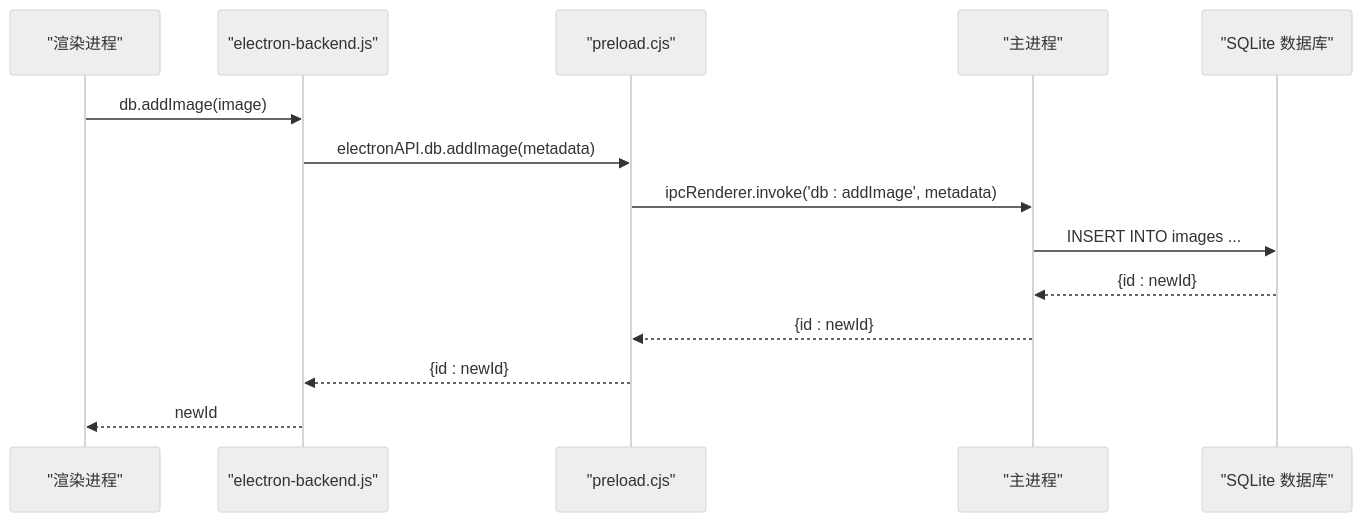
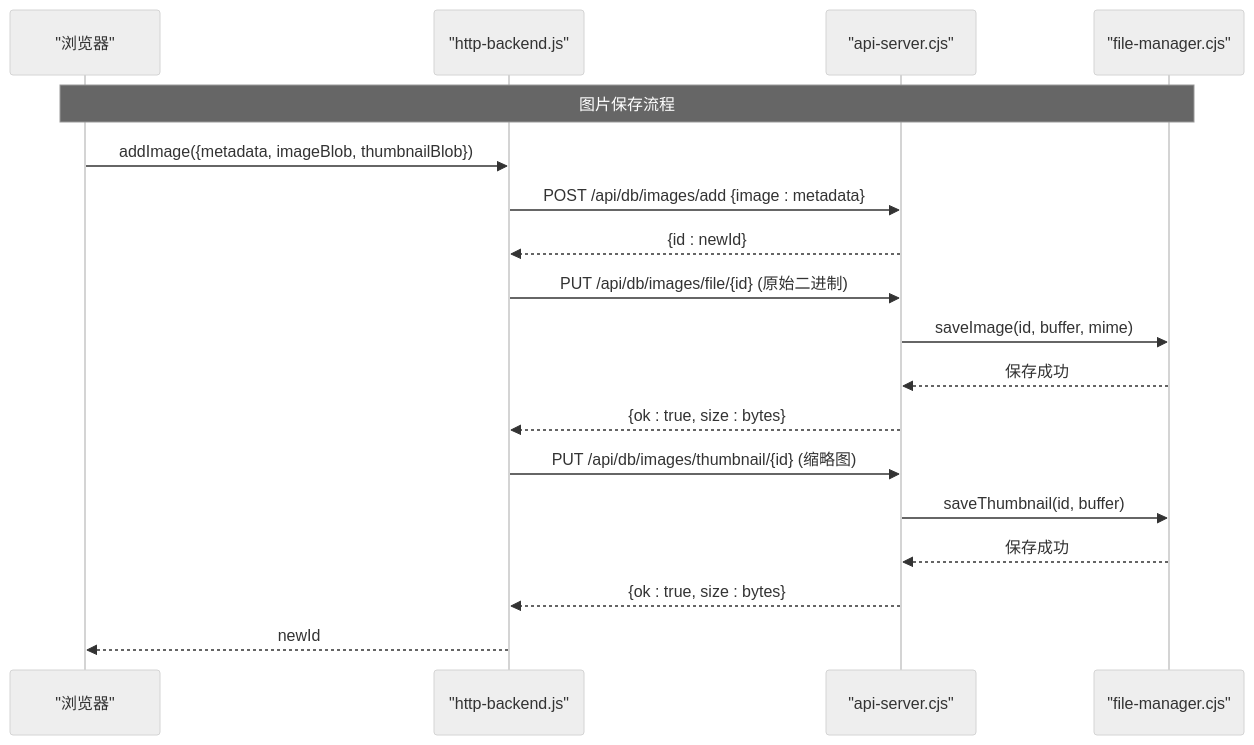
Before and after one commit to AlbusWei/AI-Image-Studio: the third of 10 diagrams in .qoder/repowiki/zh/content/架构设计/数据流设计/数据库持久化.md, drawn with Mermaid (neutral theme). The commit also changed other lines of this file and 26 other files, not shown here.

First line of the commit message:
fix: 修复 Electron 模式下 Gallery 无法显示图片的 3 个断裂点

````diff
--- a/.qoder/repowiki/zh/content/架构设计/数据流设计/数据库持久化.md
+++ b/.qoder/repowiki/zh/content/架构设计/数据流设计/数据库持久化.md
@@ -181,16 +188,20 @@
 ```mermaid
 sequenceDiagram
-participant Renderer as "渲染进程"
-participant Backend as "electron-backend.js"
-participant Preload as "preload.cjs"
-participant Main as "主进程"
-participant SQLite as "SQLite 数据库"
-Renderer->>Backend : db.addImage(image)
-Backend->>Preload : electronAPI.db.addImage(metadata)
-Preload->>Main : ipcRenderer.invoke('db : addImage', metadata)
-Main->>SQLite : INSERT INTO images ...
-SQLite-->>Main : {id : newId}
-Main-->>Preload : {id : newId}
-Preload-->>Backend : {id : newId}
-Backend-->>Renderer : newId
+participant Browser as "浏览器"
+participant HttpBackend as "http-backend.js"
+participant ApiServer as "api-server.cjs"
+participant FileManager as "file-manager.cjs"
+Note over Browser,FileManager : 图片保存流程
+Browser->>HttpBackend : addImage({metadata, imageBlob, thumbnailBlob})
+HttpBackend->>ApiServer : POST /api/db/images/add {image : metadata}
+ApiServer-->>HttpBackend : {id : newId}
+HttpBackend->>ApiServer : PUT /api/db/images/file/{id} (原始二进制)
+ApiServer->>FileManager : saveImage(id, buffer, mime)
+FileManager-->>ApiServer : 保存成功
+ApiServer-->>HttpBackend : {ok : true, size : bytes}
+HttpBackend->>ApiServer : PUT /api/db/images/thumbnail/{id} (缩略图)
+ApiServer->>FileManager : saveThumbnail(id, buffer)
+FileManager-->>ApiServer : 保存成功
+ApiServer-->>HttpBackend : {ok : true, size : bytes}
+HttpBackend-->>Browser : newId
 ```
````
